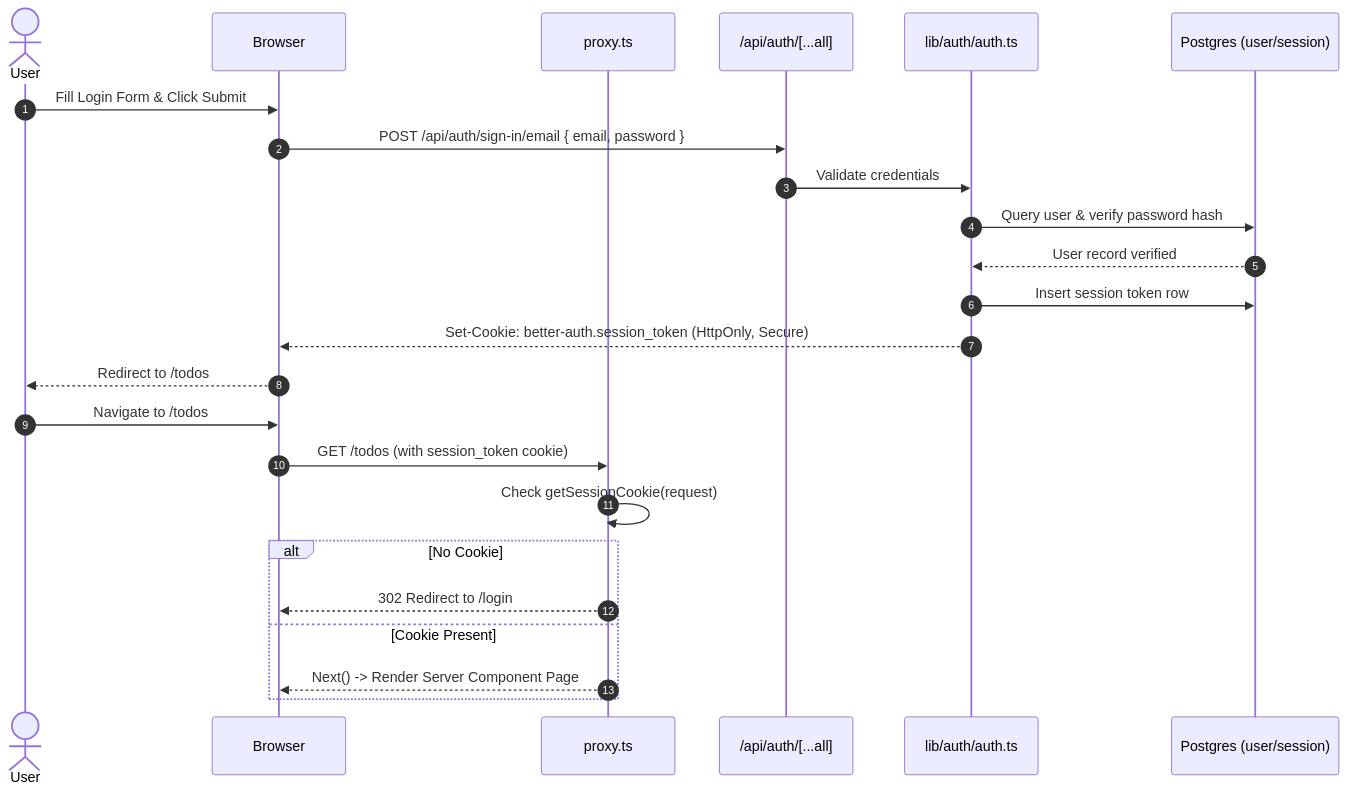
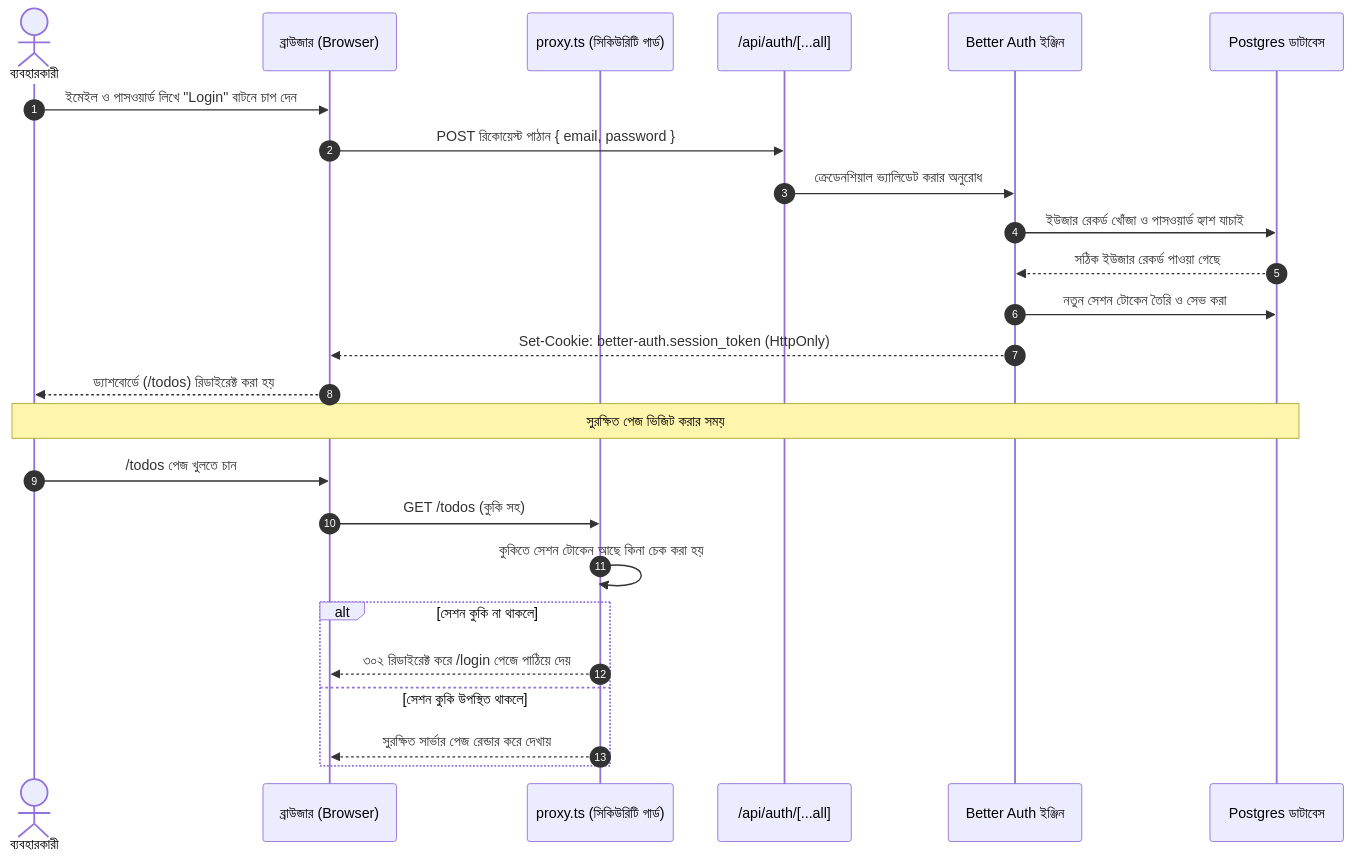
One commit to Rana2324/Todo-App changed the first of 3 diagrams in docs/design/system-flow.md. Above: the diagram before and after it, drawn with Mermaid. The commit also changed other lines of this file and 26 other files, not shown here.

````diff
--- a/docs/design/system-flow.md
+++ b/docs/design/system-flow.md
@@ -7,28 +11,29 @@
 ```mermaid
 sequenceDiagram
     autonumber
-    actor User
-    participant Browser
-    participant Proxy as proxy.ts
+    actor User as ব্যবহারকারী
+    participant Browser as ব্রাউজার (Browser)
+    participant Proxy as proxy.ts (সিকিউরিটি গার্ড)
     participant AuthRoute as /api/auth/[...all]
-    participant BetterAuth as lib/auth/auth.ts
-    participant DB as Postgres (user/session)
+    participant BetterAuth as Better Auth ইঞ্জিন
+    participant DB as Postgres ডাটাবেস
 
-    User->>Browser: Fill Login Form & Click Submit
-    Browser->>AuthRoute: POST /api/auth/sign-in/email { email, password }
-    AuthRoute->>BetterAuth: Validate credentials
-    BetterAuth->>DB: Query user & verify password hash
-    DB-->>BetterAuth: User record verified
-    BetterAuth->>DB: Insert session token row
-    BetterAuth-->>Browser: Set-Cookie: better-auth.session_token (HttpOnly, Secure)
-    Browser-->>User: Redirect to /todos
+    User->>Browser: ইমেইল ও পাসওয়ার্ড লিখে "Login" বাটনে চাপ দেন
+    Browser->>AuthRoute: POST রিকোয়েস্ট পাঠান { email, password }
+    AuthRoute->>BetterAuth: ক্রেডেনশিয়াল ভ্যালিডেট করার অনুরোধ
+    BetterAuth->>DB: ইউজার রেকর্ড খোঁজা ও পাসওয়ার্ড হ্যাশ যাচাই
+    DB-->>BetterAuth: সঠিক ইউজার রেকর্ড পাওয়া গেছে
+    BetterAuth->>DB: নতুন সেশন টোকেন তৈরি ও সেভ করা
+    BetterAuth-->>Browser: Set-Cookie: better-auth.session_token (HttpOnly)
+    Browser-->>User: ড্যাশবোর্ডে (/todos) রিডাইরেক্ট করা হয়
 
-    User->>Browser: Navigate to /todos
-    Browser->>Proxy: GET /todos (with session_token cookie)
-    Proxy->>Proxy: Check getSessionCookie(request)
-    alt No Cookie
-        Proxy-->>Browser: 302 Redirect to /login
-    else Cookie Present
-        Proxy-->>Browser: Next() -> Render Server Component Page
+    Note over User,DB: সুরক্ষিত পেজ ভিজিট করার সময়
+    User->>Browser: /todos পেজ খুলতে চান
+    Browser->>Proxy: GET /todos (কুকি সহ)
+    Proxy->>Proxy: কুকিতে সেশন টোকেন আছে কিনা চেক করা হয়
+    alt সেশন কুকি না থাকলে
+        Proxy-->>Browser: ৩০২ রিডাইরেক্ট করে /login পেজে পাঠিয়ে দেয়
+    else সেশন কুকি উপস্থিত থাকলে
+        Proxy-->>Browser: সুরক্ষিত সার্ভার পেজ রেন্ডার করে দেখায়
     end
 ```
````
